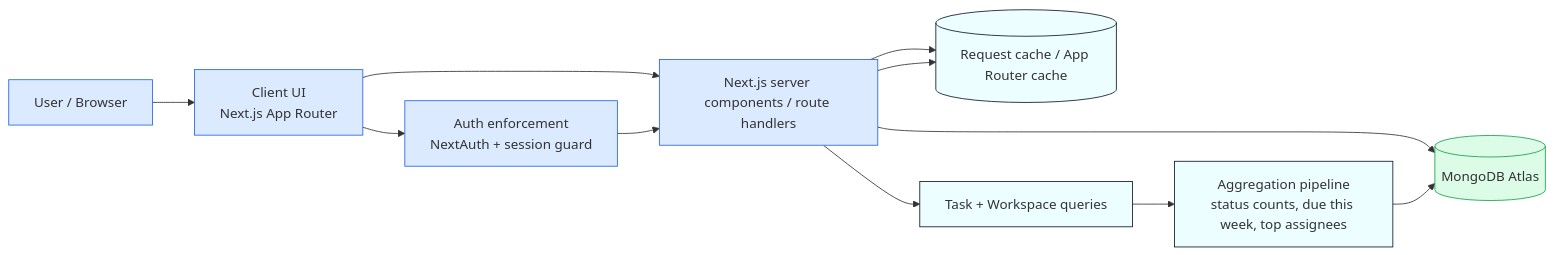
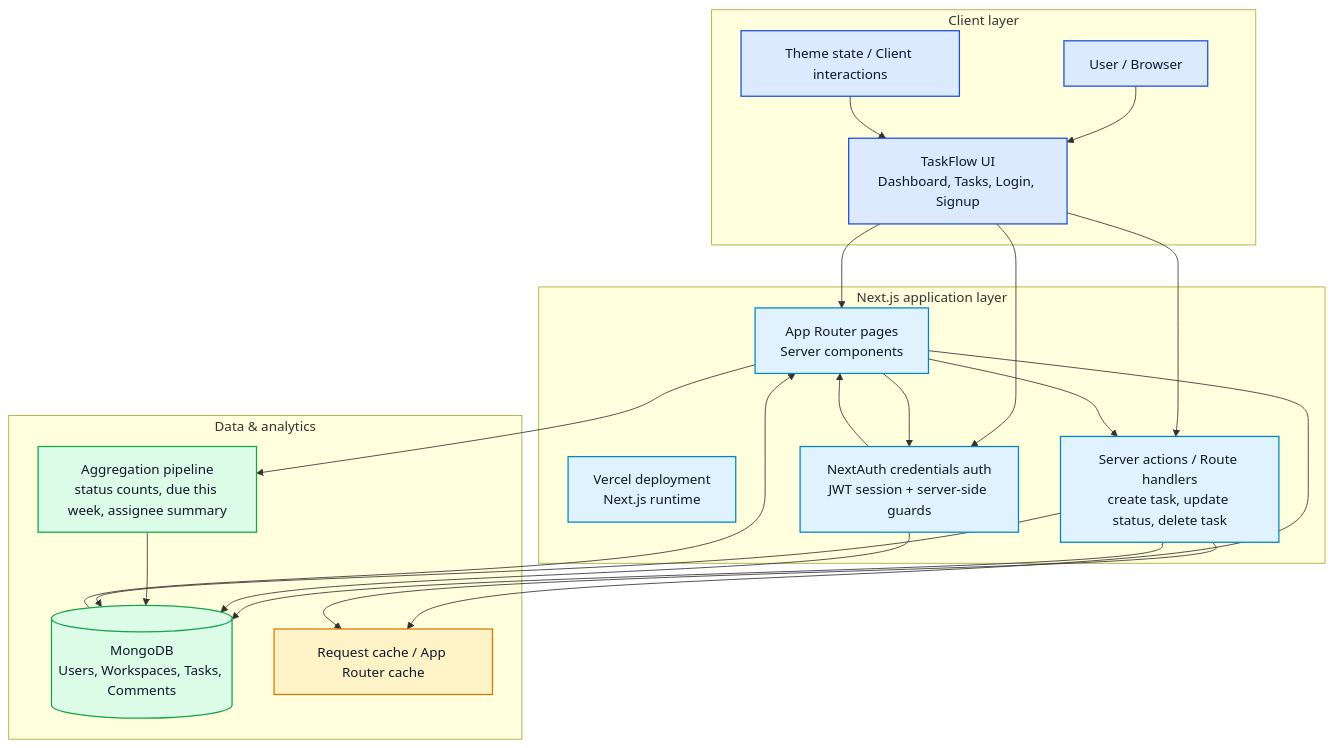
One commit to Sandesh2k/taskflow changed the diagram in docs/architecture-diagram.md. Above: the diagram before and after it, drawn with Mermaid. The commit also changed other lines of this file and 4 other files, not shown here.

````diff
--- a/docs/architecture-diagram.md
+++ b/docs/architecture-diagram.md
@@ -3,21 +3,54 @@
 ```mermaid
-flowchart LR
-    User[User / Browser] --> Client[Client UI\nNext.js App Router]
-    Client --> Auth[Auth enforcement\nNextAuth + session guard]
-    Client --> Server[Next.js server components / route handlers]
-    Server --> DB[(MongoDB Atlas)]
-    Server --> Cache[(Request cache / App Router cache)]
+flowchart TB
+    %% Client layer
+    subgraph Client[Client layer]
+        User[User / Browser]
+        UI[TaskFlow UI\nDashboard, Tasks, Login, Signup]
+        Theme[Theme state / Client interactions]
+    end
 
-    Auth --> Server
-    Server --> Tasks[Task + Workspace queries]
-    Tasks --> Stats[Aggregation pipeline\nstatus counts, due this week, top assignees]
-    Stats --> DB
-    Server --> Cache
+    %% Application layer
+    subgraph App[Next.js application layer]
+        Vercel[Vercel deployment\nNext.js runtime]
+        Pages[App Router pages\nServer components]
+        Actions[Server actions / Route handlers\ncreate task, update status, delete task]
+        Auth[NextAuth credentials auth\nJWT session + server-side guards]
+    end
 
-    classDef primary fill:#dbeafe,stroke:#2563eb,stroke-width:1px;
-    classDef secondary fill:#ecfeff,stroke:#0f172a,stroke-width:1px;
-    classDef db fill:#dcfce7,stroke:#16a34a,stroke-width:1px;
-    class User,Client,Auth,Server primary;
-    class Tasks,Stats,Cache secondary;
-    class DB db;
+    %% Data + analytics layer
+    subgraph Data[Data & analytics]
+        DB[(MongoDB\nUsers, Workspaces, Tasks, Comments)]
+        Agg[Aggregation pipeline\nstatus counts, due this week, assignee summary]
+        Cache[Request cache / App Router cache]
+    end
+
+    User --> UI
+    UI --> Pages
+    UI --> Auth
+    UI --> Actions
+    Theme --> UI
+
+    Pages --> Auth
+    Pages --> Actions
+    Actions --> DB
+    Pages --> Cache
+    Actions --> Cache
+
+    Auth --> DB
+    Auth --> Pages
+
+    Pages --> Agg
+    Agg --> DB
+    Actions --> DB
+    DB --> Pages
+
+    classDef user fill:#dbeafe,stroke:#1d4ed8,stroke-width:1.5px,color:#0f172a;
+    classDef app fill:#e0f2fe,stroke:#0284c7,stroke-width:1.5px,color:#0f172a;
+    classDef data fill:#dcfce7,stroke:#16a34a,stroke-width:1.5px,color:#0f172a;
+    classDef cache fill:#fef3c7,stroke:#d97706,stroke-width:1.5px,color:#0f172a;
+
+    class User,UI,Theme user;
+    class Vercel,Pages,Actions,Auth app;
+    class DB,Agg data;
+    class Cache cache;
 ```
````
